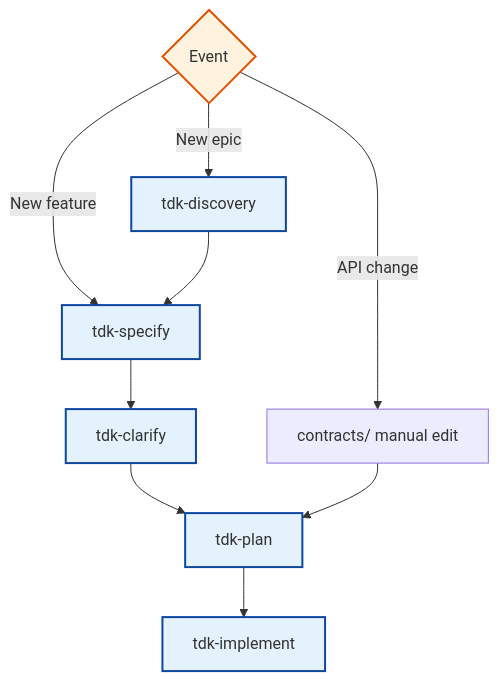
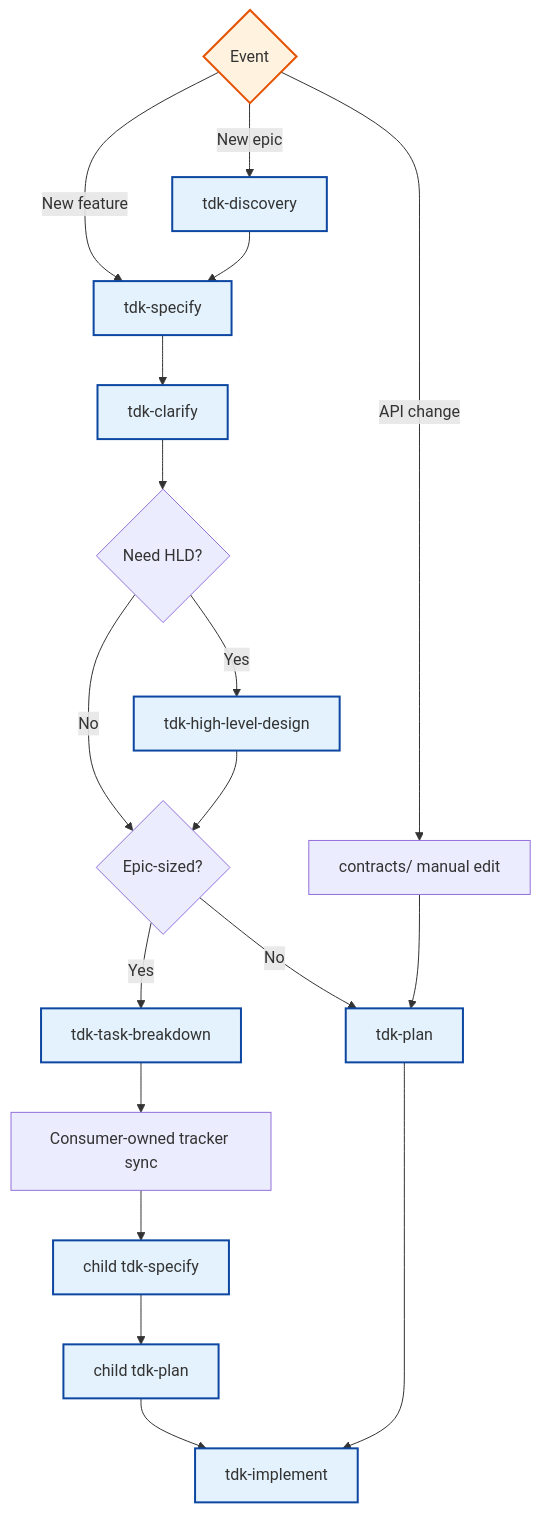
Before and after one commit to vinhltt/tdk: the eighth of 8 diagrams in .specify/docs/en/guides/document-flow.md, drawn with Mermaid. The commit also changed other lines of this file and 29 other files, not shown here.

````diff
--- a/.specify/docs/en/guides/document-flow.md
+++ b/.specify/docs/en/guides/document-flow.md
@@ -391,20 +391,29 @@
 ```mermaid
 flowchart TD
     START{Event}
 
     START -->|New epic| DISCOVERY[tdk-discovery]
     START -->|New feature| SPECIFY[tdk-specify]
     START -->|API change| UPDATE_CONTRACT[contracts/ manual edit]
 
     DISCOVERY --> SPECIFY
     SPECIFY --> CLARIFY[tdk-clarify]
-    CLARIFY --> PLAN[tdk-plan]
-    PLAN --> IMPLEMENT[tdk-implement]
+    CLARIFY --> HLD{Need HLD?}
+    HLD -->|Yes| HLD_CMD[tdk-high-level-design]
+    HLD -->|No| EPIC_SIZE{Epic-sized?}
+    HLD_CMD --> EPIC_SIZE
+    EPIC_SIZE -->|Yes| BREAKDOWN[tdk-task-breakdown]
+    BREAKDOWN --> TRACKER[Consumer-owned tracker sync]
+    TRACKER --> CHILD_SPEC[child tdk-specify]
+    CHILD_SPEC --> CHILD_PLAN[child tdk-plan]
+    EPIC_SIZE -->|No| PLAN[tdk-plan]
+    CHILD_PLAN --> IMPLEMENT[tdk-implement]
+    PLAN --> IMPLEMENT
     
     UPDATE_CONTRACT --> PLAN
 
     classDef event fill:#fff3e0,stroke:#e65100,stroke-width:2px
     classDef command fill:#e3f2fd,stroke:#0d47a1,stroke-width:2px
     class START event
-    class DISCOVERY,SPECIFY,CLARIFY,PLAN,IMPLEMENT command
+    class DISCOVERY,SPECIFY,CLARIFY,HLD_CMD,BREAKDOWN,CHILD_SPEC,CHILD_PLAN,PLAN,IMPLEMENT command
 ```
````
